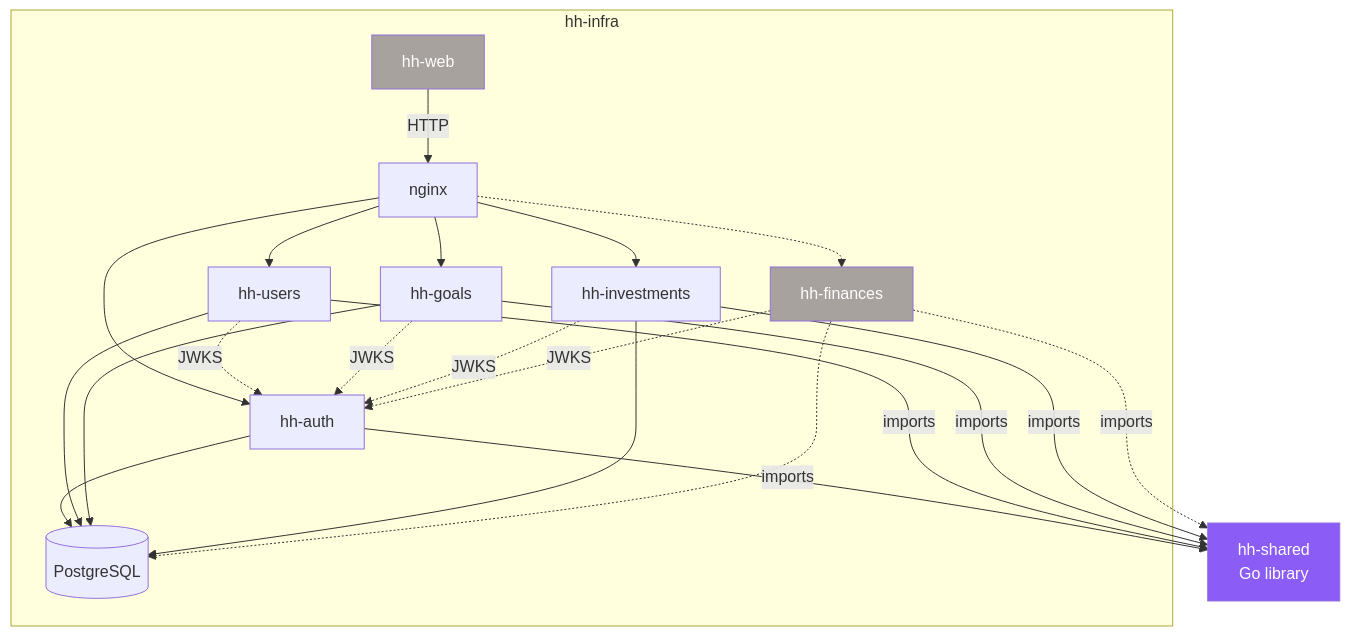
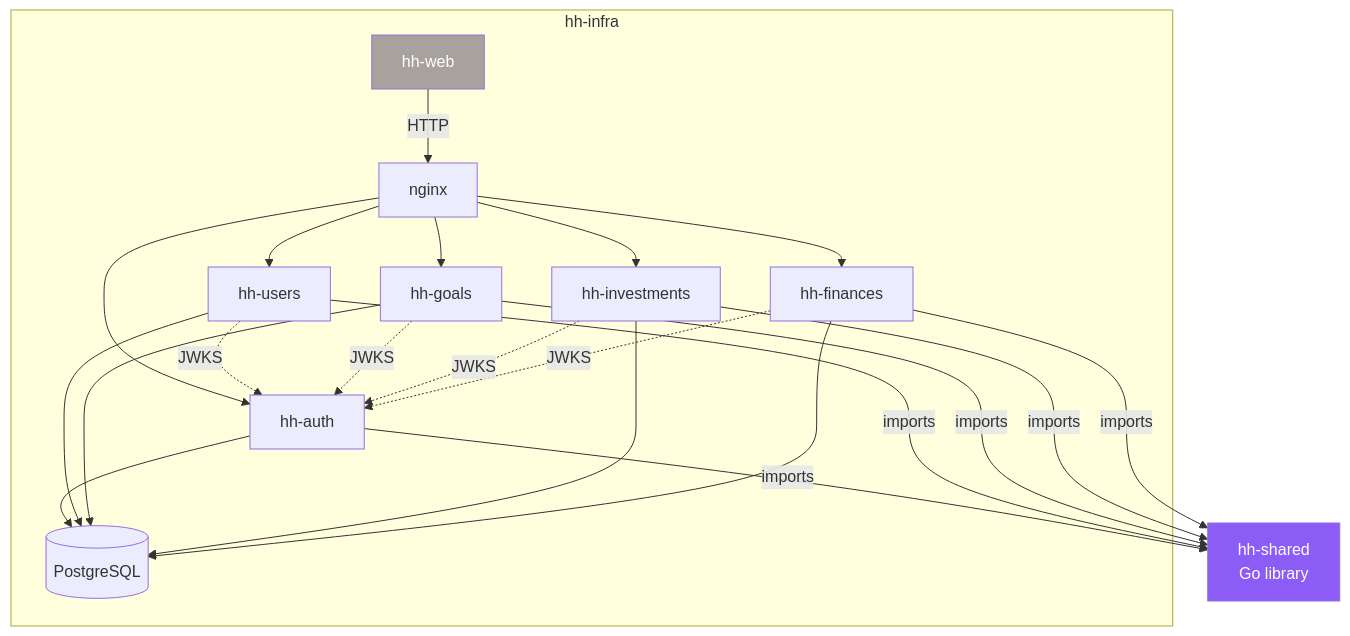
One commit to tiagorocha94/hh-docs changed the first of 3 diagrams in docs/architecture.md. Above: the diagram before and after it, drawn with Mermaid. The commit also changed other lines of this file and 4 other files, not shown here.

````diff
--- a/docs/architecture.md
+++ b/docs/architecture.md
@@ -27,34 +27,33 @@
 ```mermaid
 graph TD
     subgraph hh-infra
         N[nginx]
         PG[(PostgreSQL)]
         WEB[hh-web] -->|HTTP| N
         N --> AUTH[hh-auth]
         N --> USERS[hh-users]
         N --> GOALS[hh-goals]
         N --> INV[hh-investments]
-        N -.-> EXP[hh-finances]
+        N --> FIN[hh-finances]
         AUTH --> PG
         USERS --> PG
         GOALS --> PG
         INV --> PG
-        EXP -.-> PG
+        FIN --> PG
     end
 
     SHARED[hh-shared<br/>Go library]
     AUTH -->|imports| SHARED
     USERS -->|imports| SHARED
     GOALS -->|imports| SHARED
     INV -->|imports| SHARED
-    EXP -.->|imports| SHARED
+    FIN -->|imports| SHARED
 
     USERS -.->|JWKS| AUTH
     GOALS -.->|JWKS| AUTH
     INV -.->|JWKS| AUTH
-    EXP -.->|JWKS| AUTH
+    FIN -.->|JWKS| AUTH
 
-    style EXP fill:#a8a29e,color:#fff
     style WEB fill:#a8a29e,color:#fff
     style SHARED fill:#8b5cf6,color:#fff
 ```
````
